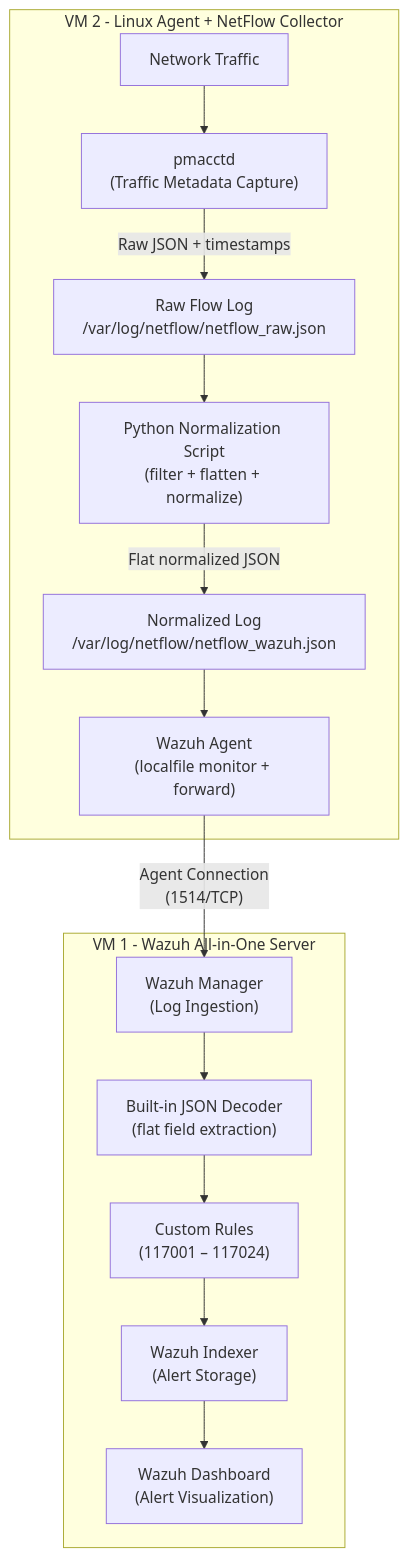
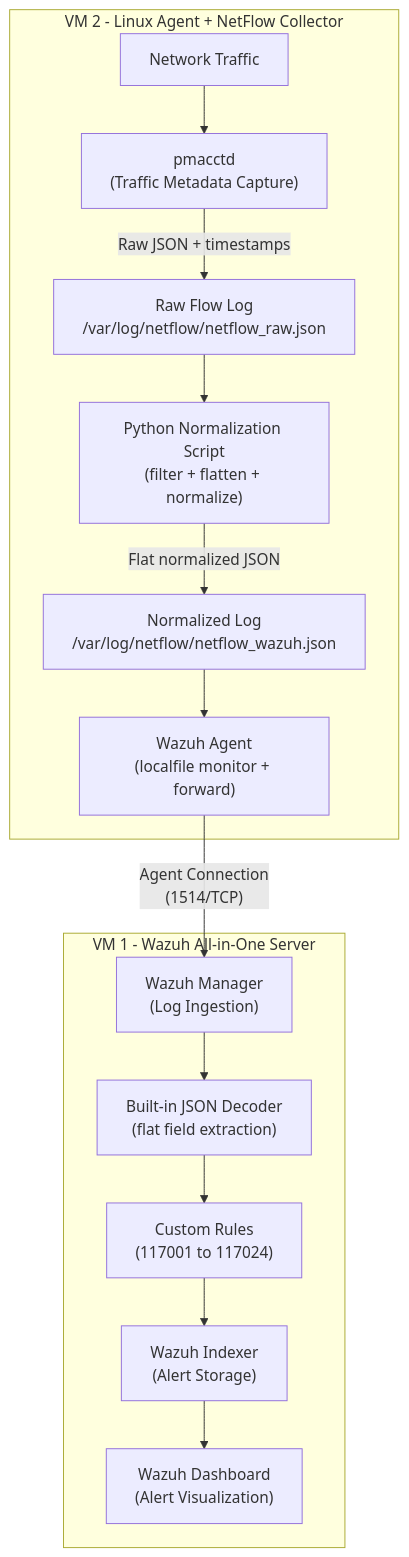
One commit to dimasqiramadhani/netflow-network-traffic-monitoring changed the diagram in README.md. Above: the diagram before and after it, drawn with Mermaid. The commit also changed other lines of this file and 27 other files, not shown here.

````diff
--- a/README.md
+++ b/README.md
@@ -26,20 +28,20 @@
 ```mermaid
 flowchart TD
     subgraph VM2["VM 2 - Linux Agent + NetFlow Collector"]
         A["Network Traffic"] --> B["pmacctd\n(Traffic Metadata Capture)"]
         B -->|"Raw JSON + timestamps"| C["Raw Flow Log\n/var/log/netflow/netflow_raw.json"]
         C --> D["Python Normalization Script\n(filter + flatten + normalize)"]
         D -->|"Flat normalized JSON"| E["Normalized Log\n/var/log/netflow/netflow_wazuh.json"]
         E --> F["Wazuh Agent\n(localfile monitor + forward)"]
     end
 
     subgraph VM1["VM 1 - Wazuh All-in-One Server"]
         G["Wazuh Manager\n(Log Ingestion)"]
         G --> H["Built-in JSON Decoder\n(flat field extraction)"]
-        H --> I["Custom Rules\n(117001 – 117024)"]
+        H --> I["Custom Rules\n(117001 to 117024)"]
         I --> J["Wazuh Indexer\n(Alert Storage)"]
         J --> K["Wazuh Dashboard\n(Alert Visualization)"]
     end
 
     F -- "Agent Connection\n(1514/TCP)" --> G
 ```
````
